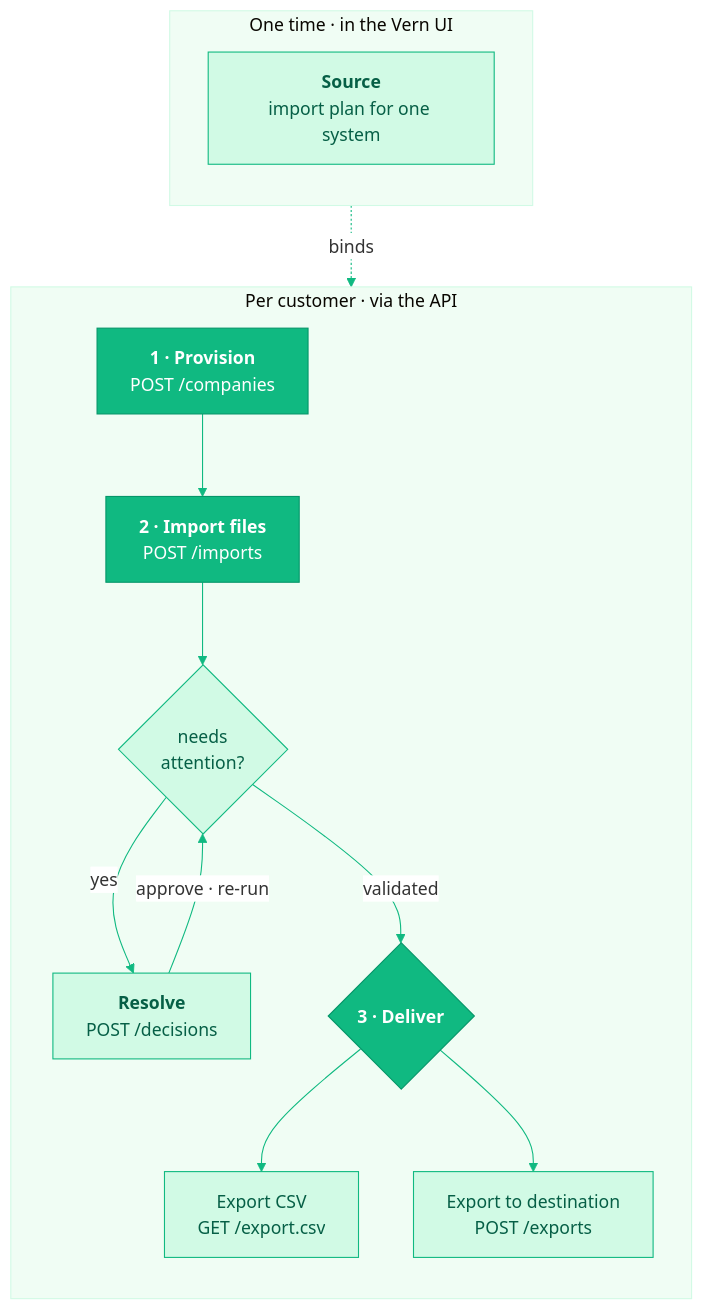
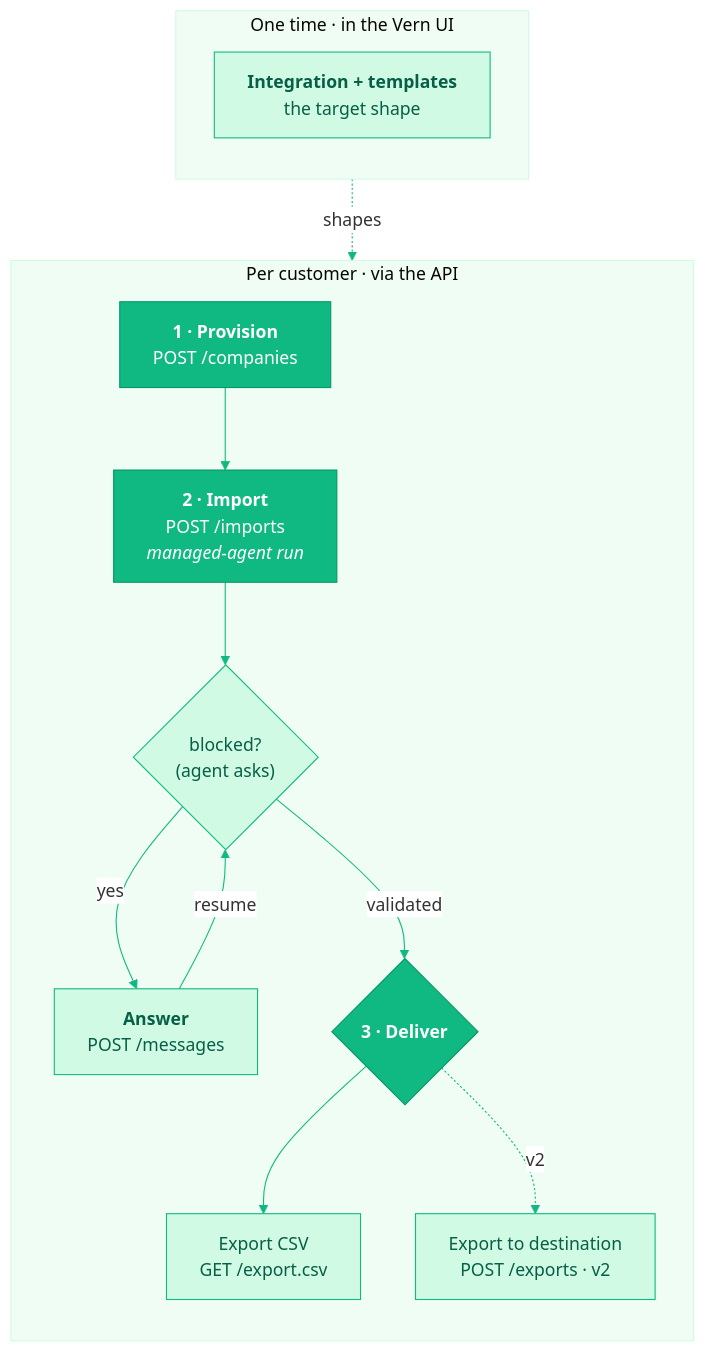
The diagram in migration-api/introduction.mdx (vern-so/docs), drawn with Mermaid before and after one commit. The commit also changed other lines of this file and 13 other files, not shown here.

First line of the commit message:
Update Migration API docs for Managed-Agent model

````diff
--- a/migration-api/introduction.mdx
+++ b/migration-api/introduction.mdx
@@ -22,37 +23,37 @@
 ```mermaid
 %%{init: {'theme':'base','themeVariables':{
   'fontFamily':'ui-sans-serif, system-ui, -apple-system, sans-serif',
   'lineColor':'#10B981','clusterBkg':'#F0FDF4','clusterBorder':'#D1FAE5',
   'edgeLabelBackground':'#ffffff'
 }}}%%
 flowchart TB
   subgraph author["One time · in the Vern UI"]
     direction TB
-    S["<b>Source</b><br/>import plan for one system"]
+    S["<b>Integration + templates</b><br/>the target shape"]
   end
 
   subgraph runtime["Per customer · via the API"]
     direction TB
     P["<b>1 · Provision</b><br/>POST /companies"]
-    I["<b>2 · Import files</b><br/>POST /imports"]
-    Q{"needs<br/>attention?"}
-    R["<b>Resolve</b><br/>POST /decisions"]
+    I["<b>2 · Import</b><br/>POST /imports<br/><i>managed-agent run</i>"]
+    Q{"blocked?<br/>(agent asks)"}
+    R["<b>Answer</b><br/>POST /messages"]
     D{"<b>3 · Deliver</b>"}
     CSV["Export CSV<br/>GET /export.csv"]
-    EXP["Export to destination<br/>POST /exports"]
+    EXP["Export to destination<br/>POST /exports · v2"]
   end
 
-  S -. binds .-> P
+  S -. shapes .-> P
   P --> I --> Q
   Q -- "yes" --> R
-  R -- "approve · re-run" --> Q
+  R -- "resume" --> Q
   Q -- "validated" --> D
   D --> CSV
-  D --> EXP
+  D -. v2 .-> EXP
 
   classDef step fill:#10B981,stroke:#059669,stroke-width:1px,color:#ffffff;
   classDef soft fill:#D1FAE5,stroke:#10B981,stroke-width:1px,color:#065F46;
 
   class P,I,D step;
   class S,Q,R,CSV,EXP soft;
 ```
````
